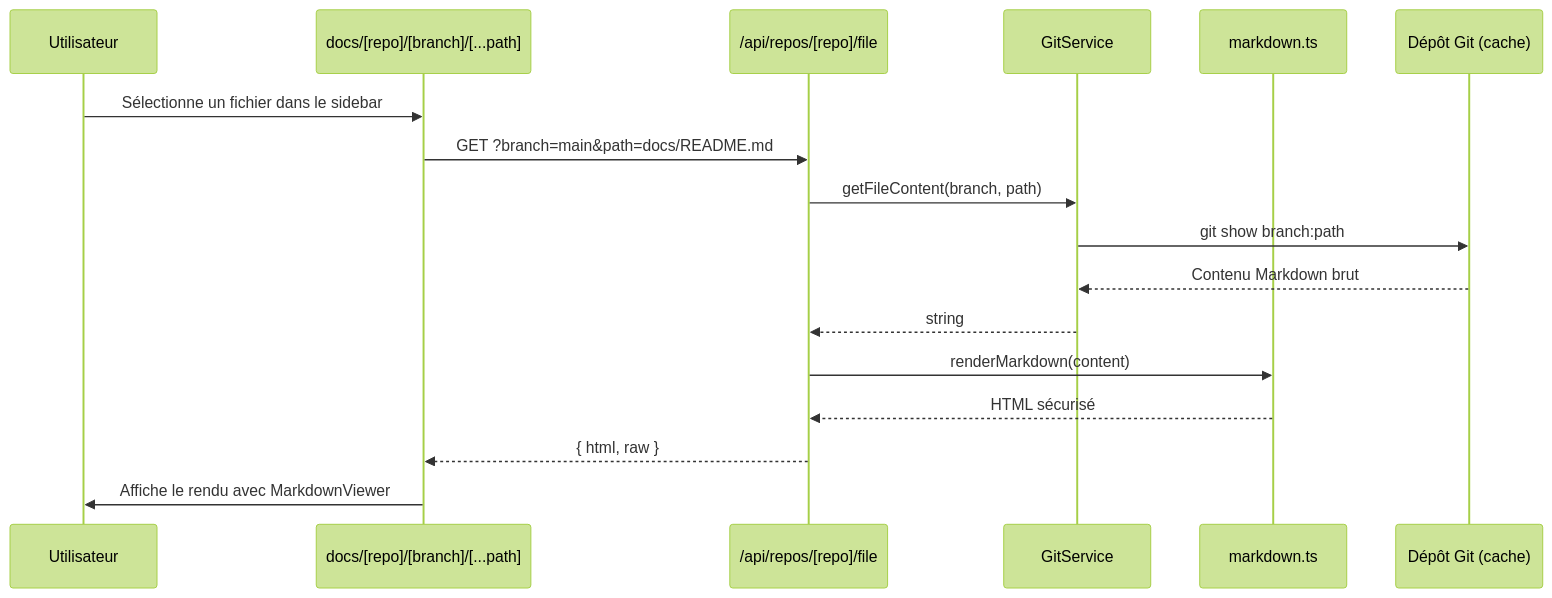
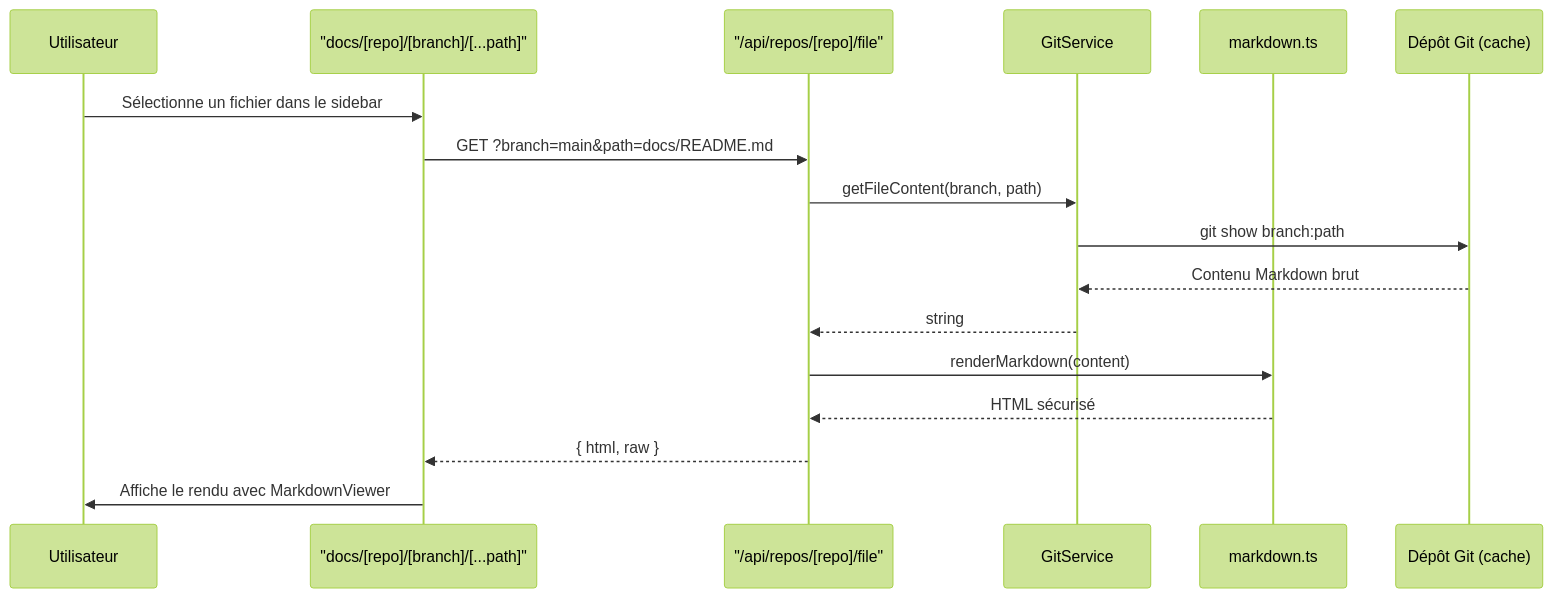
The second of 7 diagrams in docs/architecture.md (francois76/docsHub), drawn with Mermaid (forest theme) before and after one commit. The commit also changed other lines of this file and 5 other files, not shown here.

````diff
--- a/docs/architecture.md
+++ b/docs/architecture.md
@@ -66,20 +66,20 @@
 ```mermaid
 sequenceDiagram
     participant User as Utilisateur
-    participant Page as docs/[repo]/[branch]/[...path]
-    participant API as /api/repos/[repo]/file
+    participant Page as "docs/[repo]/[branch]/[...path]"
+    participant API as "/api/repos/[repo]/file"
     participant GS as GitService
     participant MD as markdown.ts
     participant GIT as Dépôt Git (cache)
 
     User->>Page: Sélectionne un fichier dans le sidebar
     Page->>API: GET ?branch=main&path=docs/README.md
     API->>GS: getFileContent(branch, path)
     GS->>GIT: git show branch:path
     GIT-->>GS: Contenu Markdown brut
     GS-->>API: string
     API->>MD: renderMarkdown(content)
     MD-->>API: HTML sécurisé
     API-->>Page: { html, raw }
     Page->>User: Affiche le rendu avec MarkdownViewer
 ```
````
